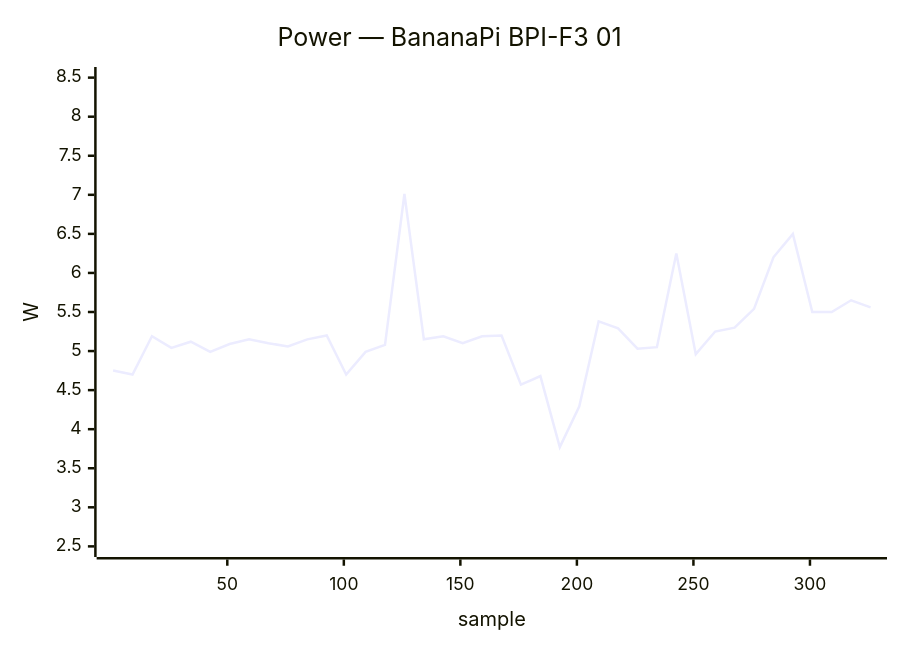
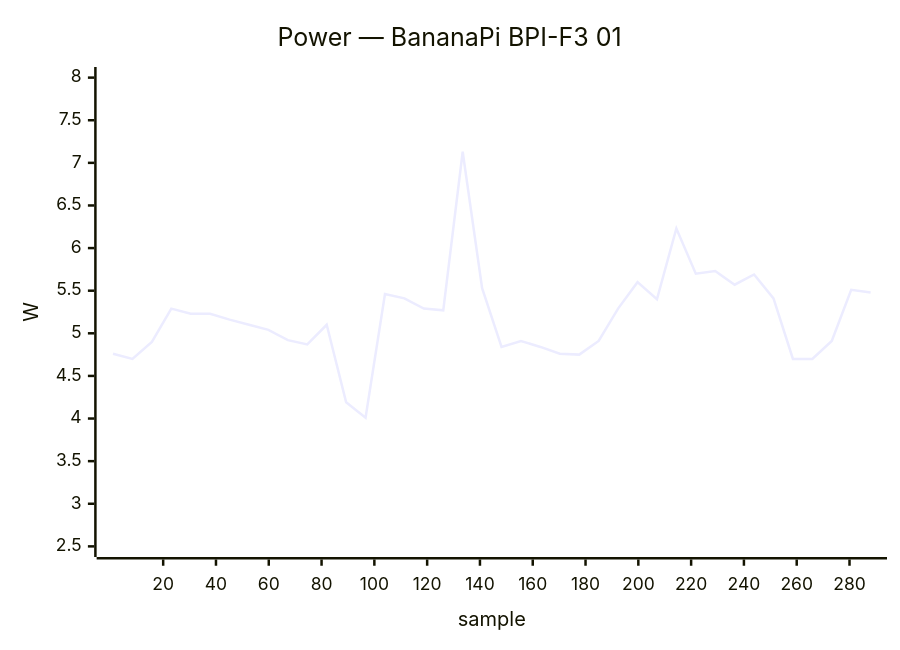
One commit to armbian/documentation changed diagram 13 of 41 in docs/status/board-tests.md. Above: the diagram before and after it, drawn with Mermaid. The commit also changed other lines of this file, not shown here.

````diff
--- a/docs/status/board-tests.md
+++ b/docs/status/board-tests.md
@@ -393,7 +473,7 @@
 ```mermaid
 xychart-beta
     title "Power — BananaPi BPI-F3 01"
-    x-axis "sample" 1 --> 326
-    y-axis "W" 2.5 --> 8.5
-    line [4.75, 4.70, 5.19, 5.04, 5.12, 4.99, 5.09, 5.15, 5.10, 5.06, 5.15, 5.20, 4.70, 4.99, 5.08, 7.01, 5.15, 5.19, 5.10, 5.19, 5.20, 4.57, 4.68, 3.77, 4.29, 5.38, 5.29, 5.03, 5.05, 6.25, 4.96, 5.25, 5.30, 5.54, 6.20, 6.50, 5.50, 5.50, 5.65, 5.56]
+    x-axis "sample" 1 --> 288
+    y-axis "W" 2.5 --> 8.0
+    line [4.76, 4.70, 4.90, 5.29, 5.23, 5.23, 5.16, 5.10, 5.04, 4.92, 4.87, 5.10, 4.19, 4.01, 5.46, 5.41, 5.29, 5.27, 7.13, 5.53, 4.84, 4.91, 4.84, 4.76, 4.75, 4.91, 5.29, 5.60, 5.40, 6.23, 5.70, 5.73, 5.57, 5.69, 5.41, 4.70, 4.70, 4.91, 5.51, 5.48]
 ```
````
